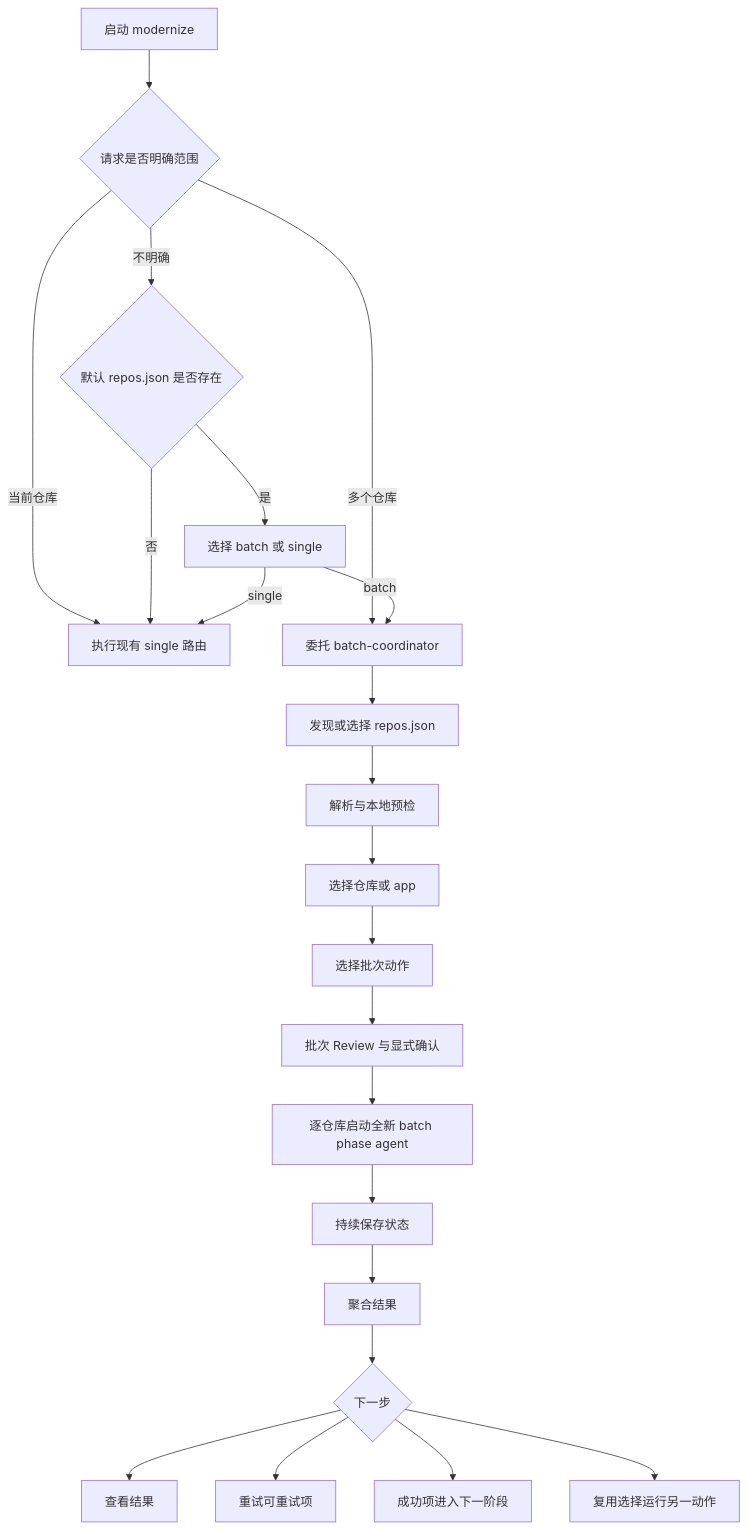
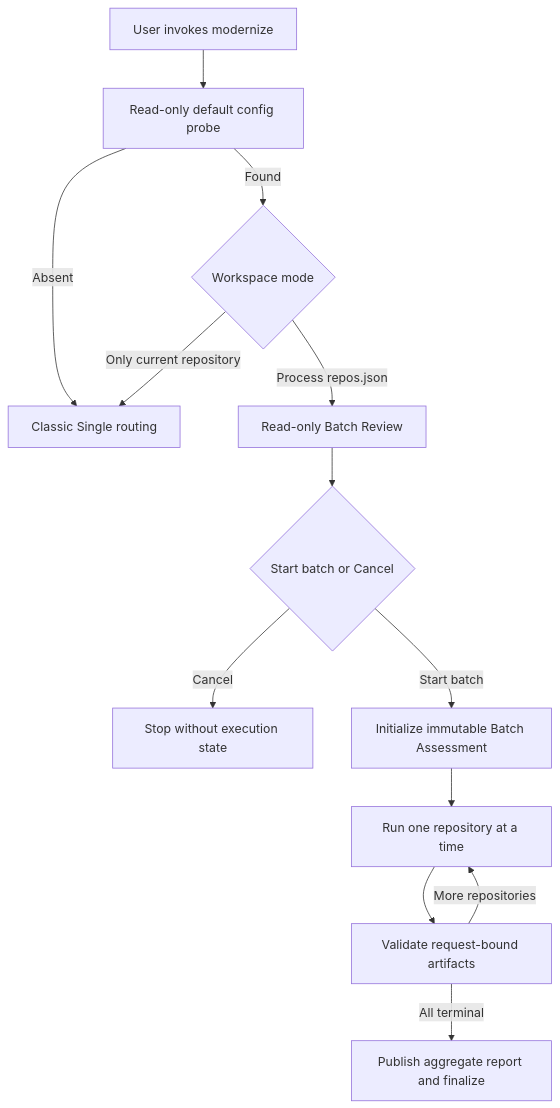
The diagram in plugins/github-copilot-modernization/docs/BATCH_MODE_DESIGN.md (Sneezry/github-copilot-modernization), drawn with Mermaid before and after one commit. The commit also changed other lines of this file and 86 other files, not shown here.

Commit message:
feat: complete product-ready batch assessment

````diff
--- a/plugins/github-copilot-modernization/docs/BATCH_MODE_DESIGN.md
+++ b/plugins/github-copilot-modernization/docs/BATCH_MODE_DESIGN.md
@@ -298,24 +76,15 @@
 ```mermaid
 flowchart TD
-  A[启动 modernize] --> B{请求是否明确范围}
-  B -->|当前仓库| SR[执行现有 single 路由]
-  B -->|多个仓库| BC[委托 batch-coordinator]
-  B -->|不明确| R{默认 repos.json 是否存在}
-  R -->|否| SR
-  R -->|是| M[选择 batch 或 single]
-  M -->|single| SR
-  M -->|batch| BC
-  BC --> C[发现或选择 repos.json]
-  C --> D[解析与本地预检]
-  D --> E[选择仓库或 app]
-  E --> F[选择批次动作]
-  F --> G[批次 Review 与显式确认]
-  G --> H[逐仓库启动全新 batch phase agent]
-  H --> I[持续保存状态]
-  I --> J[聚合结果]
-  J --> K{下一步}
-  K --> L[查看结果]
-  K --> RF[重试可重试项]
-  K --> NP[成功项进入下一阶段]
-  K --> RA[复用选择运行另一动作]
+  U[User invokes modernize] --> P[Read-only default config probe]
+  P -->|Absent| S[Classic Single routing]
+  P -->|Found| M{Workspace mode}
+  M -->|Only current repository| S
+  M -->|Process repos.json| R[Read-only Batch Review]
+  R --> A{Start batch or Cancel}
+  A -->|Cancel| X[Stop without execution state]
+  A -->|Start batch| I[Initialize immutable Batch Assessment]
+  I --> Q[Run one repository at a time]
+  Q --> V[Validate request-bound artifacts]
+  V -->|More repositories| Q
+  V -->|All terminal| F[Publish aggregate report and finalize]
 ```
````
